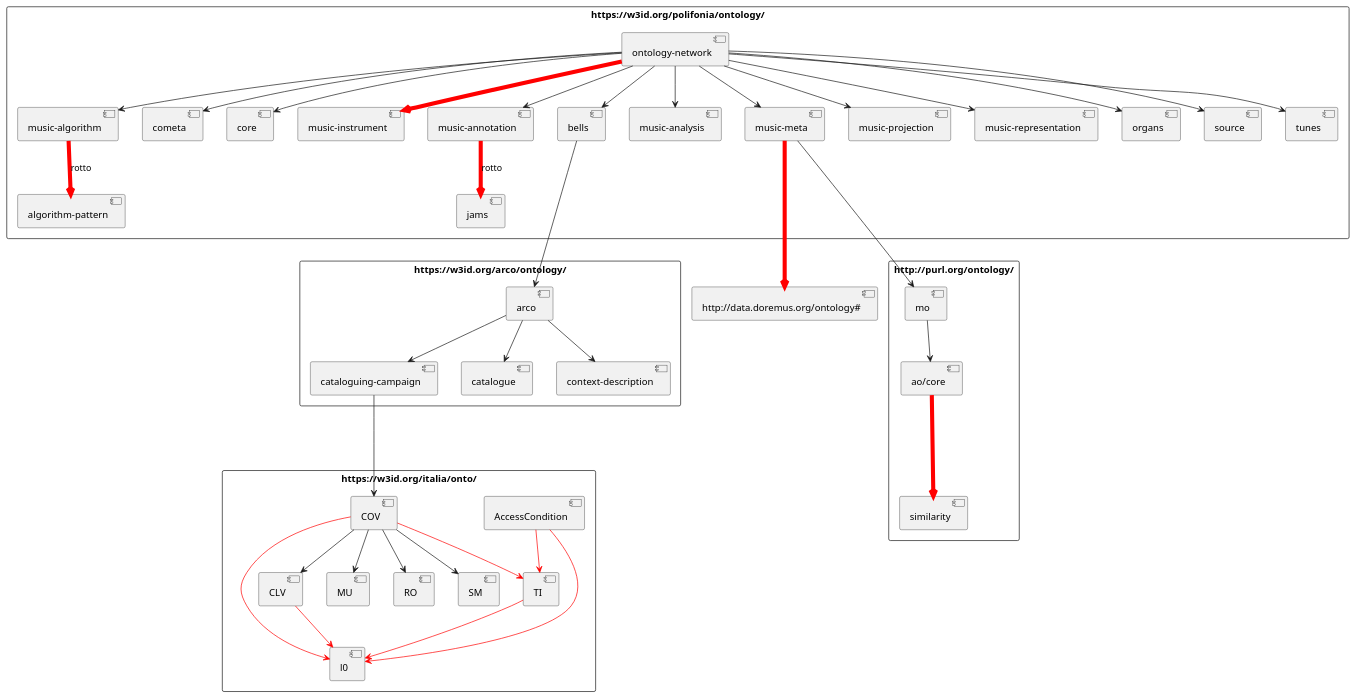
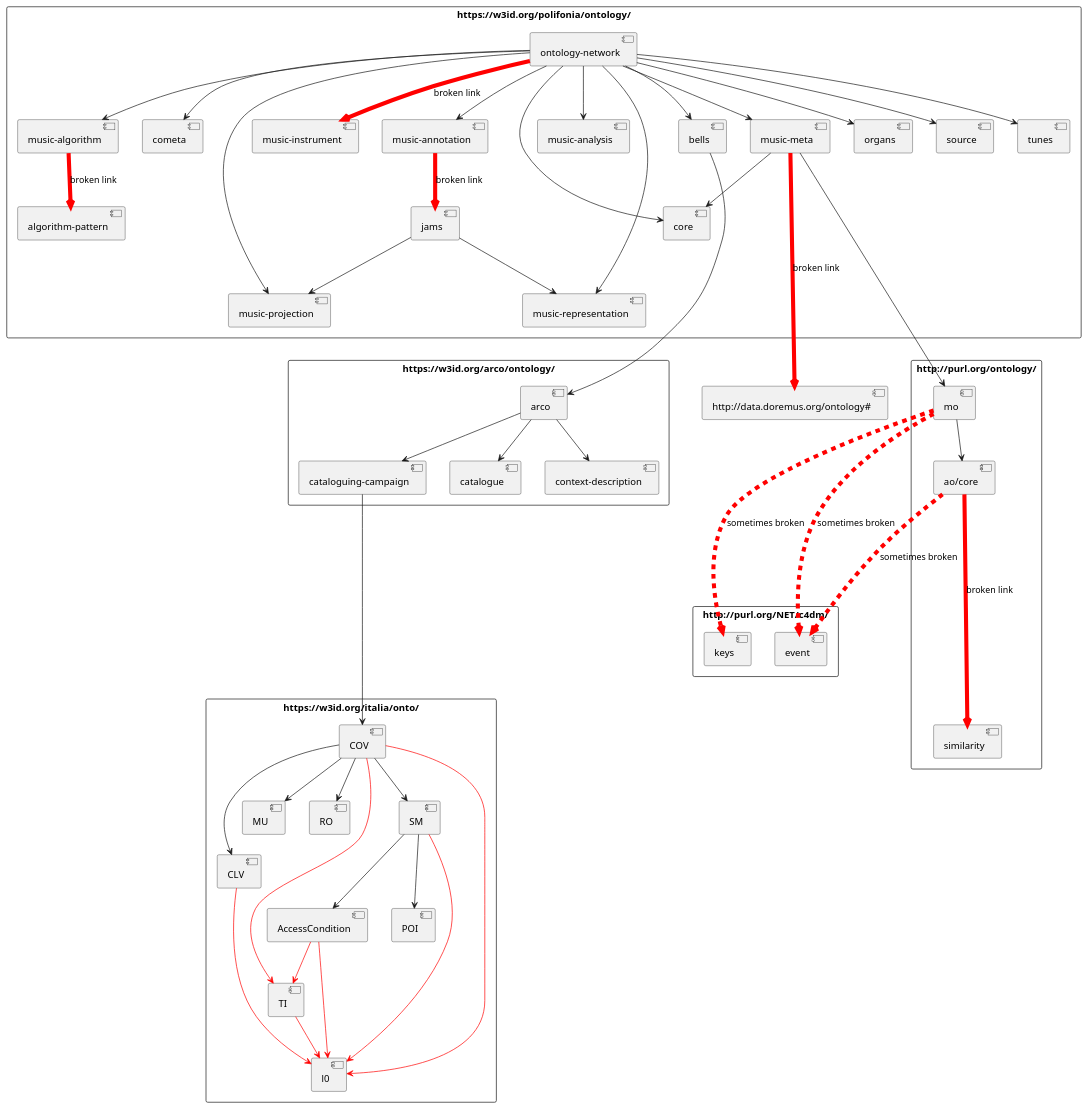
The diagram in polifonia/imports.plantuml (Danysan1/unibo-ke-matching-ontologies), drawn with PlantUML before and after one commit. The commit also changed 2 other files, not shown here.

```diff
--- a/polifonia/imports.plantuml
+++ b/polifonia/imports.plantuml
@@ -1,89 +1,105 @@
 @startuml polifonia-ontology-imports
 
 rectangle "https://w3id.org/polifonia/ontology/" {
     [ontology-network] as network
     [bells]
     [cometa]
     [core]
     [music-instrument] as instrument
     [music-algorithm] as algorithm
     [music-annotation] as annotation
     [music-analysis] as analysis
     [music-meta] as meta
     [music-projection] as projection
     [music-representation] as representation
     [organs]
     [source]
     [tunes]
     [jams]
     [algorithm-pattern] as pattern
 
     network --> bells
     network --> cometa
     network --> core
-    network -[#red,thickness=6]-> instrument
+    network -[#red,thickness=6]-> instrument: broken link
     network --> algorithm
     network --> analysis
     network --> annotation
     network --> meta
     network --> projection
     network --> representation
     network --> organs
     network --> source
     network --> tunes
+    jams --> projection
+    jams --> representation
+    meta --> core
 
-    annotation -[#red,thickness=6]-> jams: rotto
-    algorithm -[#red,thickness=6]-> pattern: rotto
+    annotation -[#red,thickness=6]-> jams: broken link
+    algorithm -[#red,thickness=6]-> pattern: broken link
 }
 
 rectangle "https://w3id.org/arco/ontology/" {
     [arco]
     [cataloguing-campaign] as campaign
     [catalogue]
     [context-description] as description
 
     arco --> catalogue
     arco --> campaign
     arco --> description
 }
 
 rectangle "https://w3id.org/italia/onto/" {
     [AccessCondition]
     [CLV]
     [COV]
     [MU]
     [RO]
     [SM]
     [TI]
     [l0]
+    [POI]
 
     AccessCondition -[#red]-> l0
     AccessCondition -[#red]-> TI
     TI -[#red]-> l0
     COV --> CLV
     COV --> MU
     COV --> RO
     COV --> SM
     COV -[#red]-> TI
     COV -[#red]-> l0
     CLV -[#red]-> l0
+    SM --> AccessCondition
+    SM --> POI
+    SM -[#red]-> l0
 }
 
 rectangle "http://purl.org/ontology/" {
     [mo]
     [ao/core] as ao_core
     [similarity] as musim
 
     mo --> ao_core
 }
 
+rectangle "http://purl.org/NET/c4dm/" {
+    [event]
+    [keys]
+}
+
 [http://data.doremus.org/ontology#] as doremus
 
-meta -[#red,thickness=6]--> doremus
-ao_core -[#red,thickness=6]--> musim
+meta -[#red,thickness=6]---> doremus: broken link
+ao_core -[#red,thickness=6]---> musim: broken link
 
-meta ---> mo
-bells ---> arco
-campaign ---> COV
+meta ----> mo
+bells ----> arco
+campaign ----> COV
+
+ao_core -[#red,dashed,thickness=6]--> event: sometimes broken
+mo -[#red,dashed,thickness=6]--> event: sometimes broken
+mo -[#red,dashed,thickness=6]--> keys: sometimes broken
 
 @enduml
```
